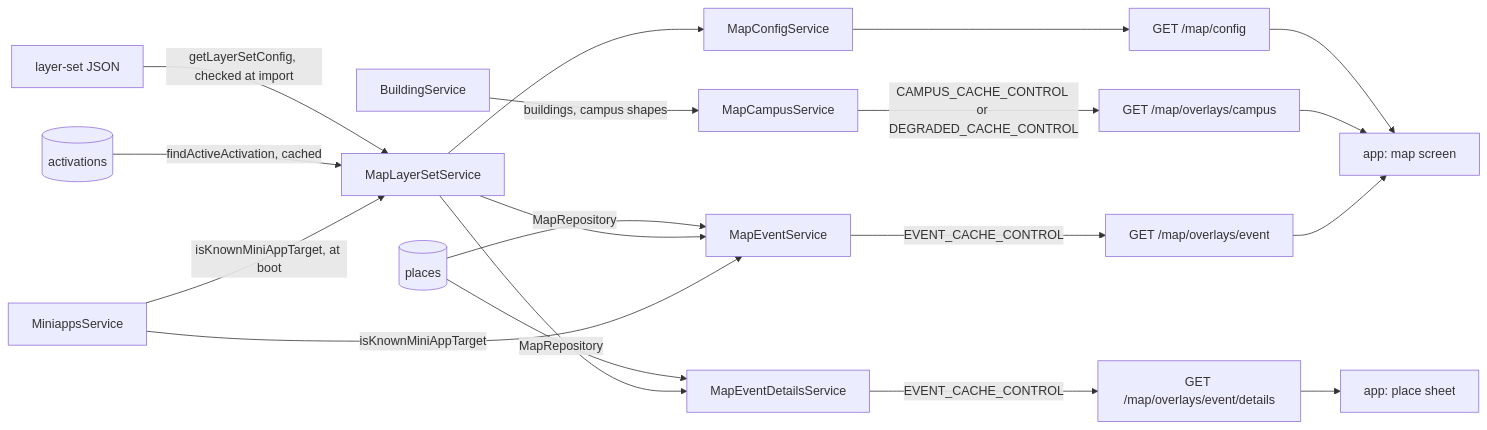
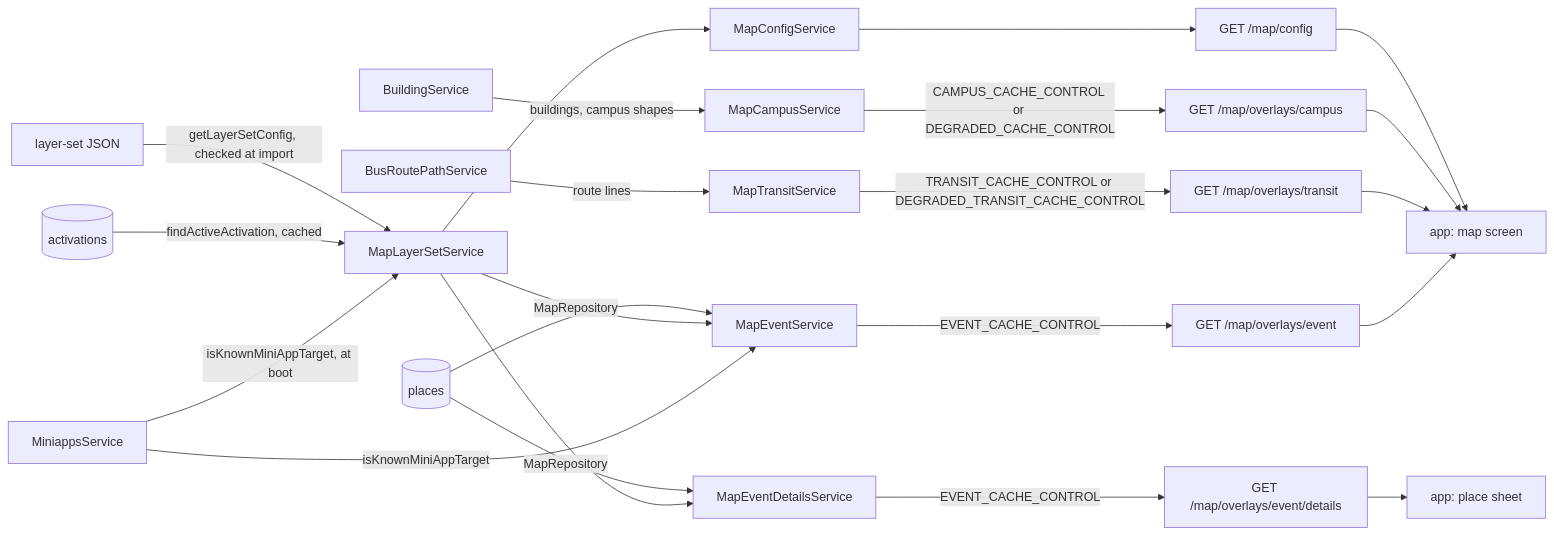
One commit to skkuverse/skkuverse-server changed the diagram in docs/explanation/map-architecture.md. Above: the diagram before and after it, drawn with Mermaid. The commit also changed other lines of this file and 18 other files, not shown here.

Commit message:
feat(map): serve the Jongro route lines on /map/overlays/transit

````diff
--- a/docs/explanation/map-architecture.md
+++ b/docs/explanation/map-architecture.md
@@ -51,21 +53,24 @@
 ```mermaid
 flowchart LR
   file["layer-set JSON"] -->|getLayerSetConfig, checked at import| layerSet["MapLayerSetService"]
   acts[("activations")] -->|findActiveActivation, cached| layerSet
   places[("places")] -->|MapRepository| event["MapEventService"]
   places -->|MapRepository| details["MapEventDetailsService"]
   layerSet --> config["MapConfigService"]
   layerSet --> event
   layerSet --> details
   building["BuildingService"] -->|buildings, campus shapes| campus["MapCampusService"]
   miniapps["MiniappsService"] -->|isKnownMiniAppTarget| event
   miniapps -->|isKnownMiniAppTarget, at boot| layerSet
   config --> r1["GET /map/config"]
   campus -->|CAMPUS_CACHE_CONTROL or DEGRADED_CACHE_CONTROL| r2["GET /map/overlays/campus"]
+  bus["BusRoutePathService"] -->|route lines| transit["MapTransitService"]
+  transit -->|TRANSIT_CACHE_CONTROL or DEGRADED_TRANSIT_CACHE_CONTROL| r5["GET /map/overlays/transit"]
   event -->|EVENT_CACHE_CONTROL| r3["GET /map/overlays/event"]
   details -->|EVENT_CACHE_CONTROL| r4["GET /map/overlays/event/details"]
   r1 --> screen["app: map screen"]
   r2 --> screen
+  r5 --> screen
   r3 --> screen
   r4 --> sheet["app: place sheet"]
 ```
````
